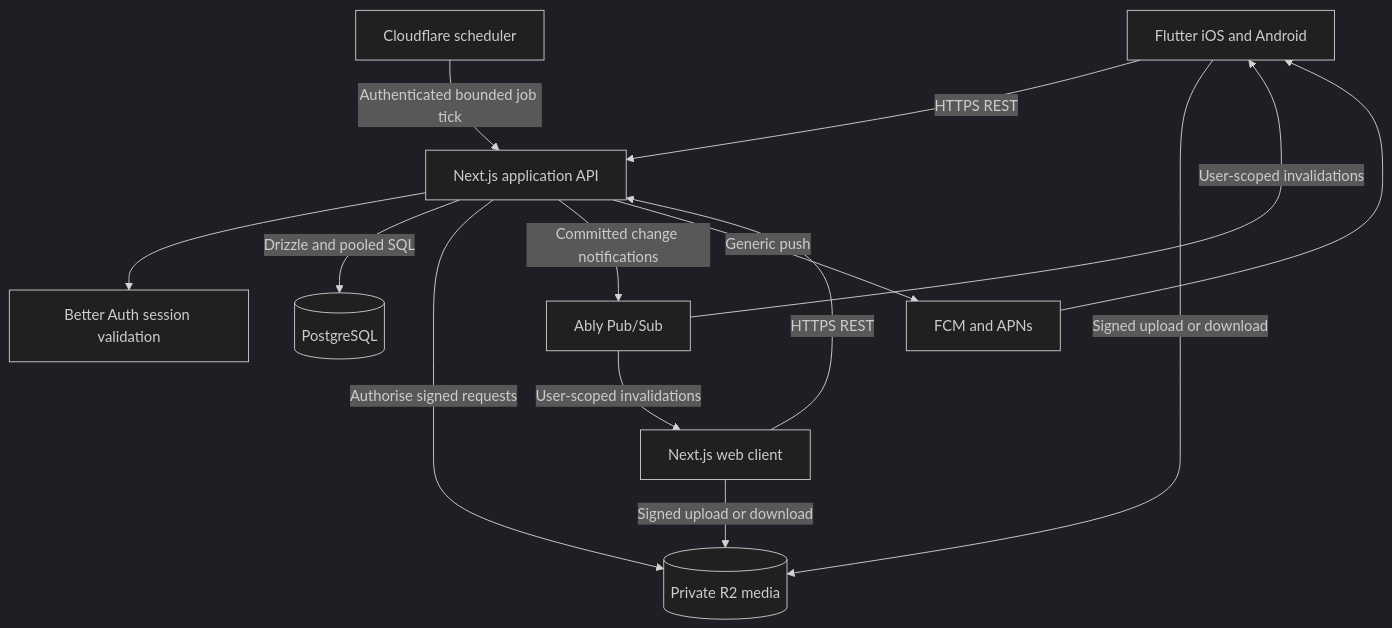
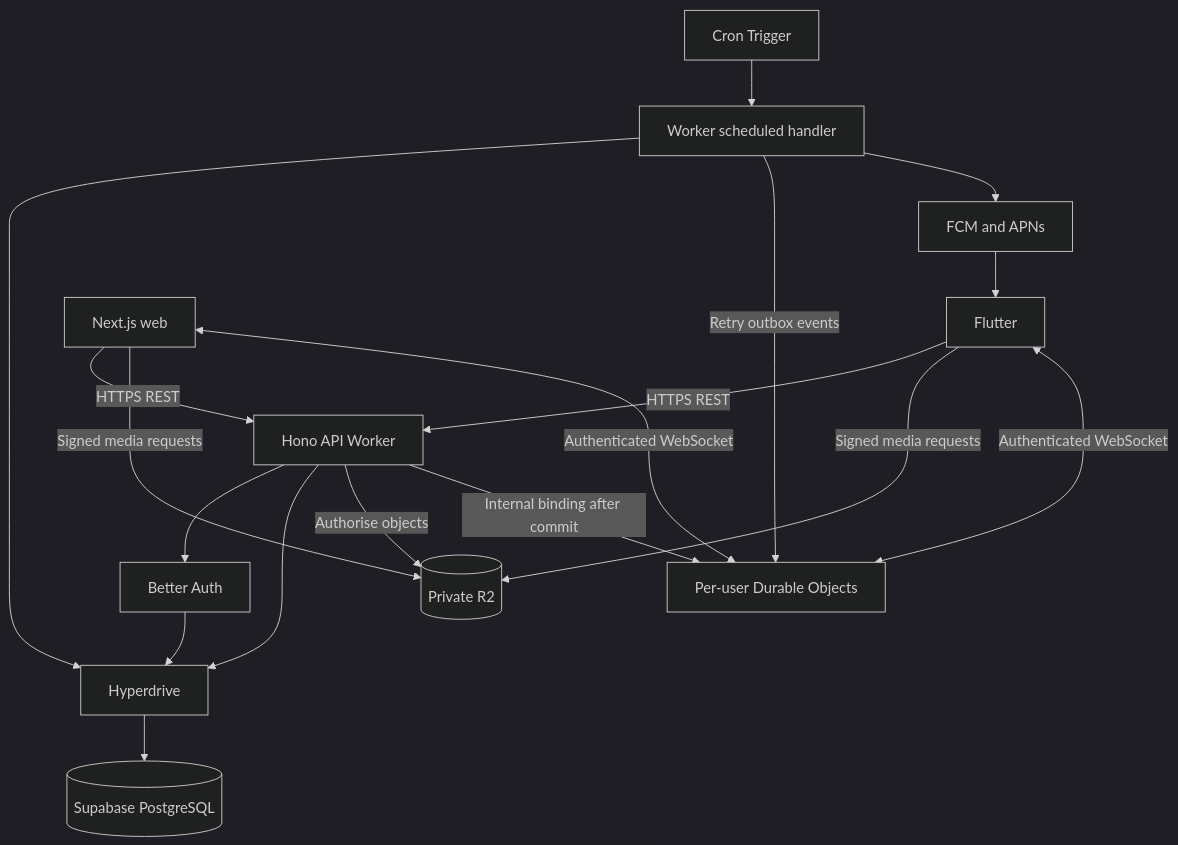
Before and after one commit to UOA-CS734-S2-2026/project-implementation-may-gan: the diagram in docs/dayli/architecture.md, drawn with Mermaid (dark theme). The commit also changed other lines of this file and 8 other files, not shown here.

````diff
--- a/docs/dayli/architecture.md
+++ b/docs/dayli/architecture.md
@@ -7,16 +7,20 @@
 ```mermaid
 flowchart TD
-    M[Flutter iOS and Android] -->|HTTPS REST| A[Next.js application API]
-    W[Next.js web client] -->|HTTPS REST| A
-    A --> I[Better Auth session validation]
-    A -->|Drizzle and pooled SQL| P[(PostgreSQL)]
-    A -->|Authorise signed requests| R[(Private R2 media)]
-    M -->|Signed upload or download| R
-    W -->|Signed upload or download| R
-    A -->|Committed change notifications| B[Ably Pub/Sub]
-    B -->|User-scoped invalidations| M
-    B -->|User-scoped invalidations| W
-    C[Cloudflare scheduler] -->|Authenticated bounded job tick| A
-    A -->|Generic push| F[FCM and APNs]
+    M[Flutter] -->|HTTPS REST| A[Hono API Worker]
+    W[Next.js web] -->|HTTPS REST| A
+    A --> I[Better Auth]
+    A --> H[Hyperdrive]
+    I --> H
+    H --> P[(Supabase PostgreSQL)]
+    A -->|Authorise objects| R[(Private R2)]
+    M -->|Signed media requests| R
+    W -->|Signed media requests| R
+    A -->|Internal binding after commit| D[Per-user Durable Objects]
+    M <-->|Authenticated WebSocket| D
+    W <-->|Authenticated WebSocket| D
+    C[Cron Trigger] --> J[Worker scheduled handler]
+    J --> H
+    J -->|Retry outbox events| D
+    J --> F[FCM and APNs]
     F --> M
 ```
````
